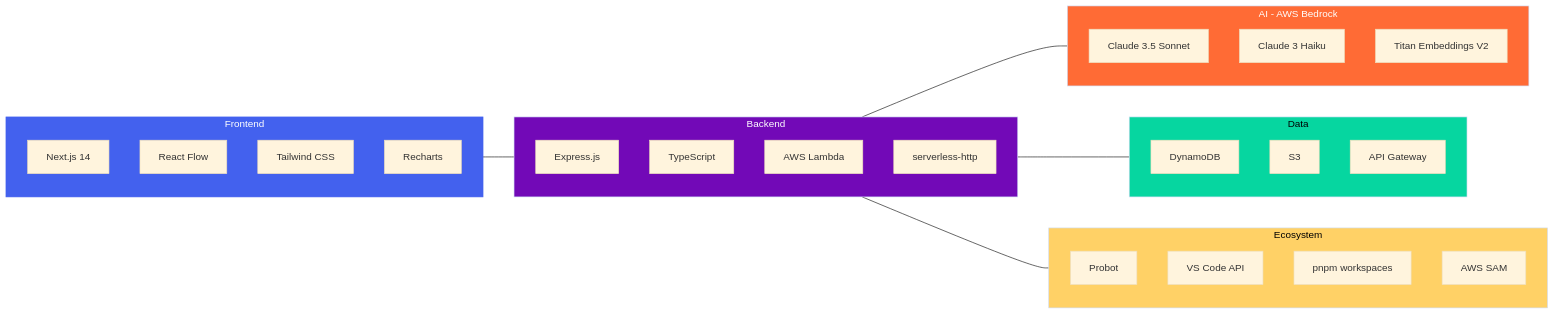
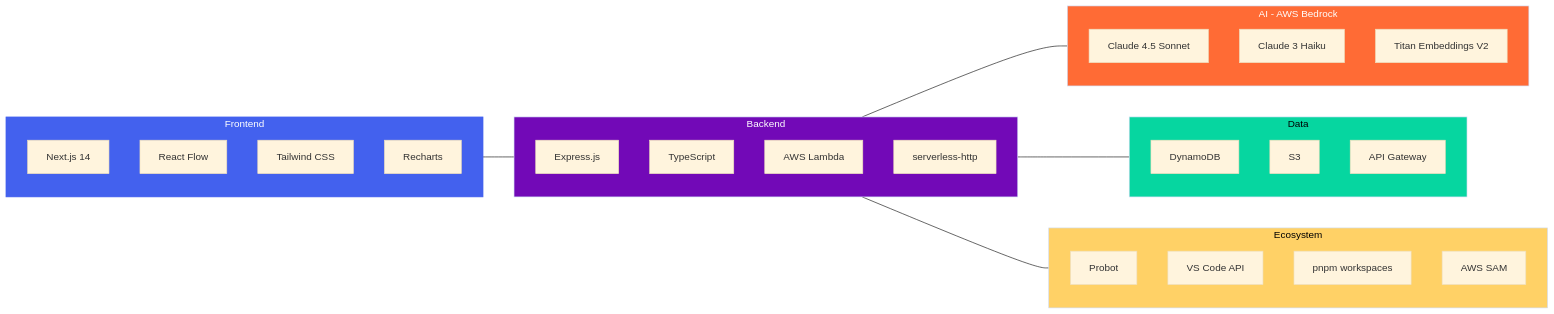
Before and after one commit to STIWARTs/AutoDev-AI: the seventh of 14 diagrams in README.md, drawn with Mermaid (base theme). The commit also changed other lines of this file, not shown here.

````diff
--- a/README.md
+++ b/README.md
@@ -667,45 +667,45 @@
 ```mermaid
 graph LR
     subgraph FE["Frontend"]
         style FE fill:#4361EE,color:#fff,stroke:#4361EE
         N["Next.js 14"]
         RF["React Flow"]
         TW["Tailwind CSS"]
         RC["Recharts"]
     end
 
     subgraph BE["Backend"]
         style BE fill:#7209B7,color:#fff
         EX["Express.js"]
         TS["TypeScript"]
         LM["AWS Lambda"]
         SH["serverless-http"]
     end
 
     subgraph AI["AI - AWS Bedrock"]
         style AI fill:#FF6B35,color:#fff
-        CS["Claude 3.5 Sonnet"]
+        CS["Claude 4.5 Sonnet"]
         CH["Claude 3 Haiku"]
         TE["Titan Embeddings V2"]
     end
 
     subgraph DA["Data"]
         style DA fill:#06D6A0,color:#000
         DY["DynamoDB"]
         S3["S3"]
         AG["API Gateway"]
     end
 
     subgraph EX2["Ecosystem"]
         style EX2 fill:#FFD166,color:#000
         PB["Probot"]
         VS["VS Code API"]
         PN["pnpm workspaces"]
         SM["AWS SAM"]
     end
 
     FE --- BE
     BE --- AI
     BE --- DA
     BE --- EX2
 ```
````
